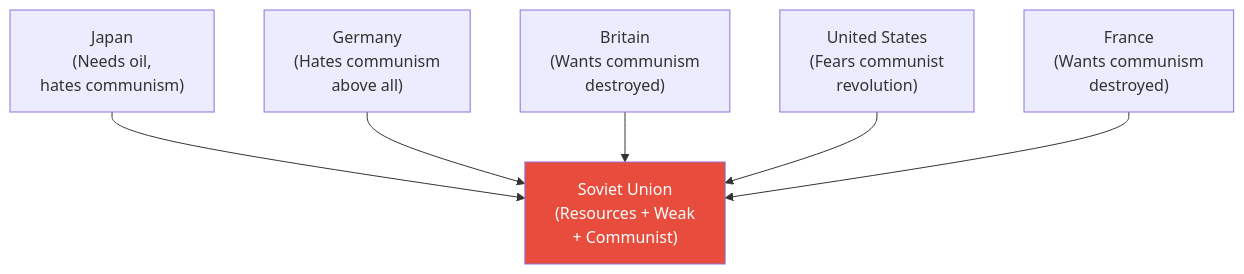
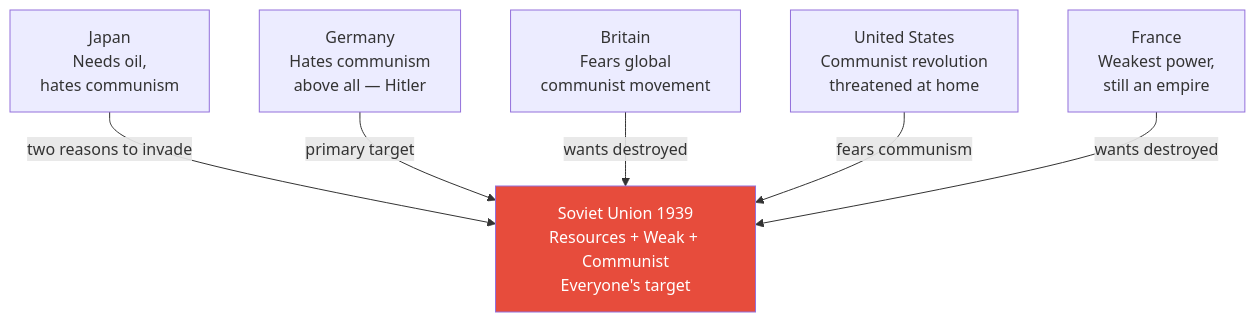
Before and after one commit to alius33/reader: the fifth of 11 diagrams in summaries/Lectures/Geo-Strategy/10 - Putin's Strategic Imagination.md, drawn with Mermaid. The commit also changed other lines of this file and 26 other files, not shown here.

````diff
--- a/summaries/Lectures/Geo-Strategy/10 - Putin's Strategic Imagination.md
+++ b/summaries/Lectures/Geo-Strategy/10 - Putin's Strategic Imagination.md
@@ -412,10 +271,10 @@
 ```mermaid
 flowchart TB
-    SU["Soviet Union<br/>(Resources + Weak<br/>+ Communist)"]
-    J["Japan<br/>(Needs oil,<br/>hates communism)"] --> SU
-    G["Germany<br/>(Hates communism<br/>above all)"] --> SU
-    UK["Britain<br/>(Wants communism<br/>destroyed)"] --> SU
-    US["United States<br/>(Fears communist<br/>revolution)"] --> SU
-    F["France<br/>(Wants communism<br/>destroyed)"] --> SU
+    SU["Soviet Union 1939<br/>Resources + Weak + Communist<br/>Everyone's target"]
+    J["Japan<br/>Needs oil,<br/>hates communism"] --> |"two reasons to invade"| SU
+    G["Germany<br/>Hates communism<br/>above all — Hitler"] --> |"primary target"| SU
+    UK["Britain<br/>Fears global<br/>communist movement"] --> |"wants destroyed"| SU
+    US["United States<br/>Communist revolution<br/>threatened at home"] --> |"fears communism"| SU
+    F["France<br/>Weakest power,<br/>still an empire"] --> |"wants destroyed"| SU
     style SU fill:#e74c3c,color:#fff
 ```
````
